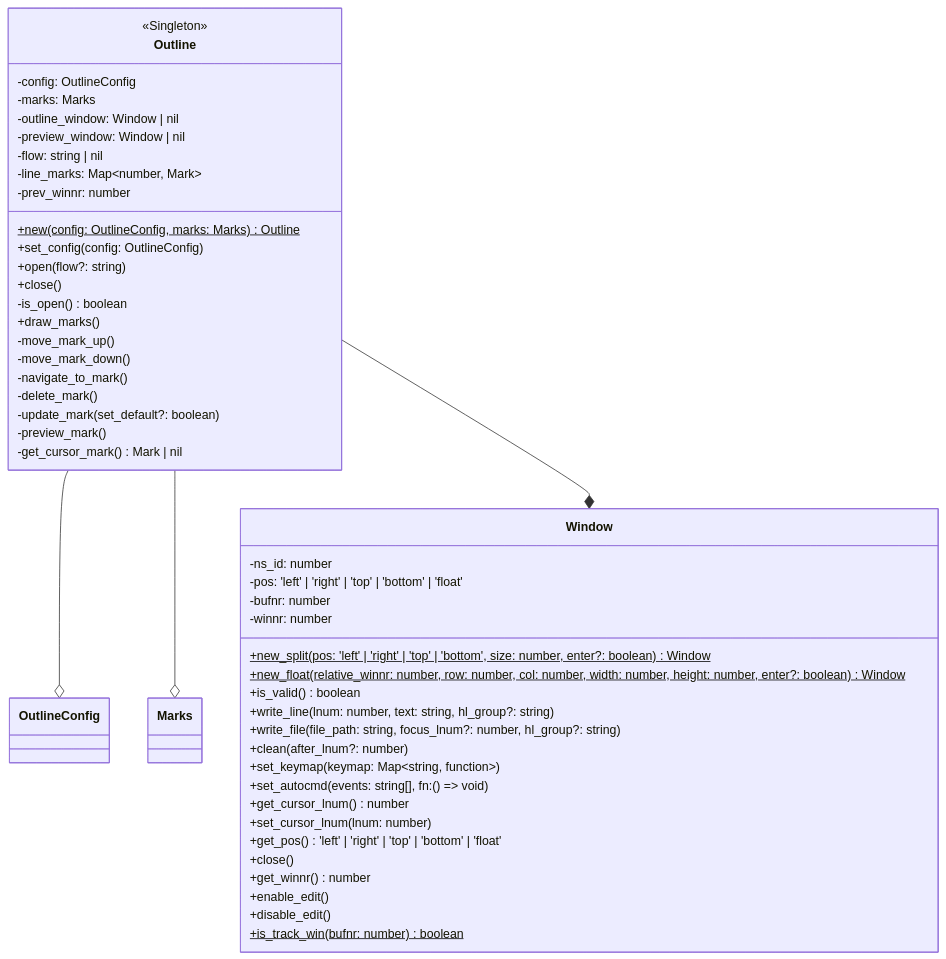
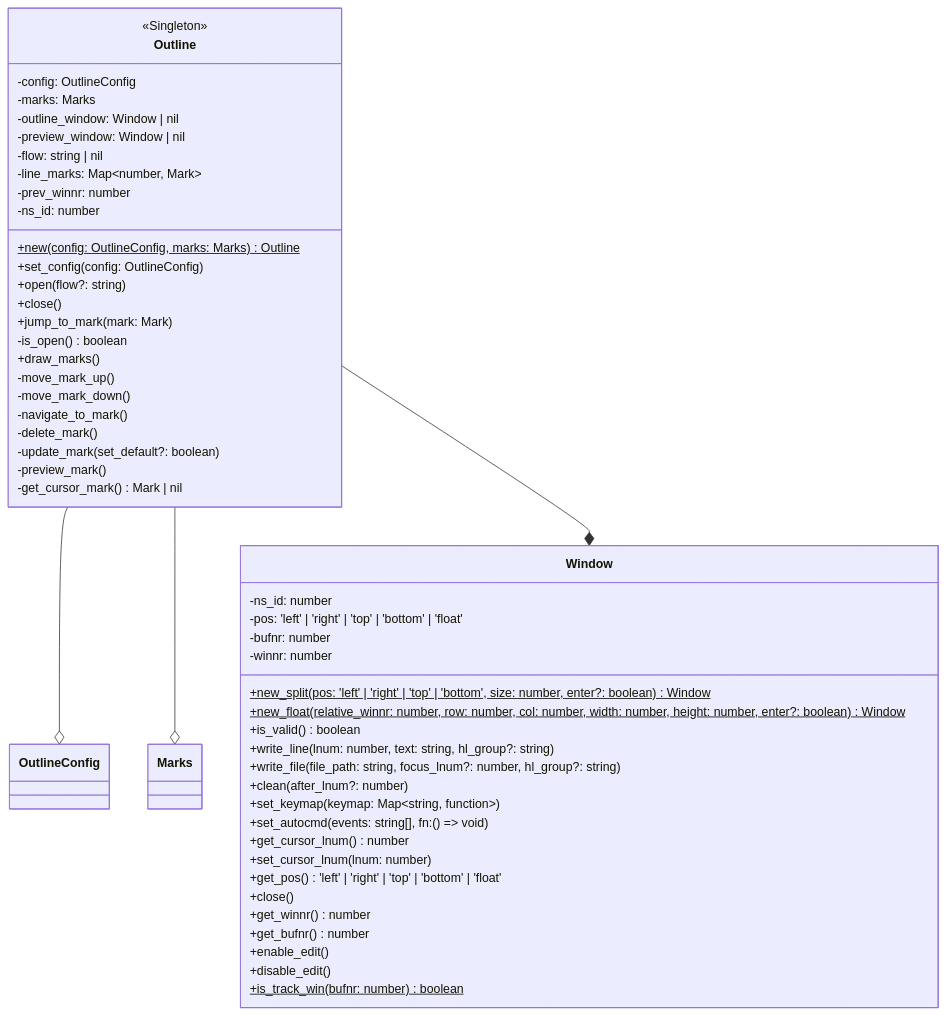
Before and after one commit to niuiic/track.nvim: diagram 19 of 25 in DESIGN.md, drawn with Mermaid. The commit also changed other lines of this file and 5 other files, not shown here.

````diff
--- a/DESIGN.md
+++ b/DESIGN.md
@@ -434,59 +435,62 @@
 ```mermaid
 classDiagram
     Outline --o OutlineConfig
     Outline --o Marks
     Outline --* Window
     class Outline {
         <<Singleton>>
 
         -config: OutlineConfig
         -marks: Marks
         -outline_window: Window | nil
         -preview_window: Window | nil
         -flow: string | nil
         -line_marks: Map~number, Mark~
         -prev_winnr: number
+        -ns_id: number
 
         %% new
         +new(config: OutlineConfig, marks: Marks)$ Outline
         %% config
         +set_config(config: OutlineConfig)
         %% outline
         +open(flow?: string)
         +close()
+        +jump_to_mark(mark: Mark)
         -is_open() boolean
         %% mark
         +draw_marks()
         -move_mark_up()
         -move_mark_down()
         -navigate_to_mark()
         -delete_mark()
         -update_mark(set_default?: boolean)
         -preview_mark()
         -get_cursor_mark() Mark | nil
     }
 
     class Window {
         -ns_id: number
         -pos: 'left' | 'right' | 'top' | 'bottom' | 'float'
         -bufnr: number
         -winnr: number
 
         +new_split(pos: 'left' | 'right' | 'top' | 'bottom', size: number, enter?: boolean)$ Window
         +new_float(relative_winnr: number, row: number, col: number, width: number, height: number, enter?: boolean)$ Window
         +is_valid() boolean
         +write_line(lnum: number, text: string, hl_group?: string)
         +write_file(file_path: string, focus_lnum?: number, hl_group?: string)
         +clean(after_lnum?: number)
         +set_keymap(keymap: Map~string, function~)
         +set_autocmd(events: string[], fn: () => void)
         +get_cursor_lnum() number
         +set_cursor_lnum(lnum: number)
         +get_pos() 'left' | 'right' | 'top' | 'bottom' | 'float'
         +close()
         +get_winnr() number
+        +get_bufnr() number
         +enable_edit()
         +disable_edit()
         +is_track_win(bufnr: number)$ boolean
     }
 ```
````
